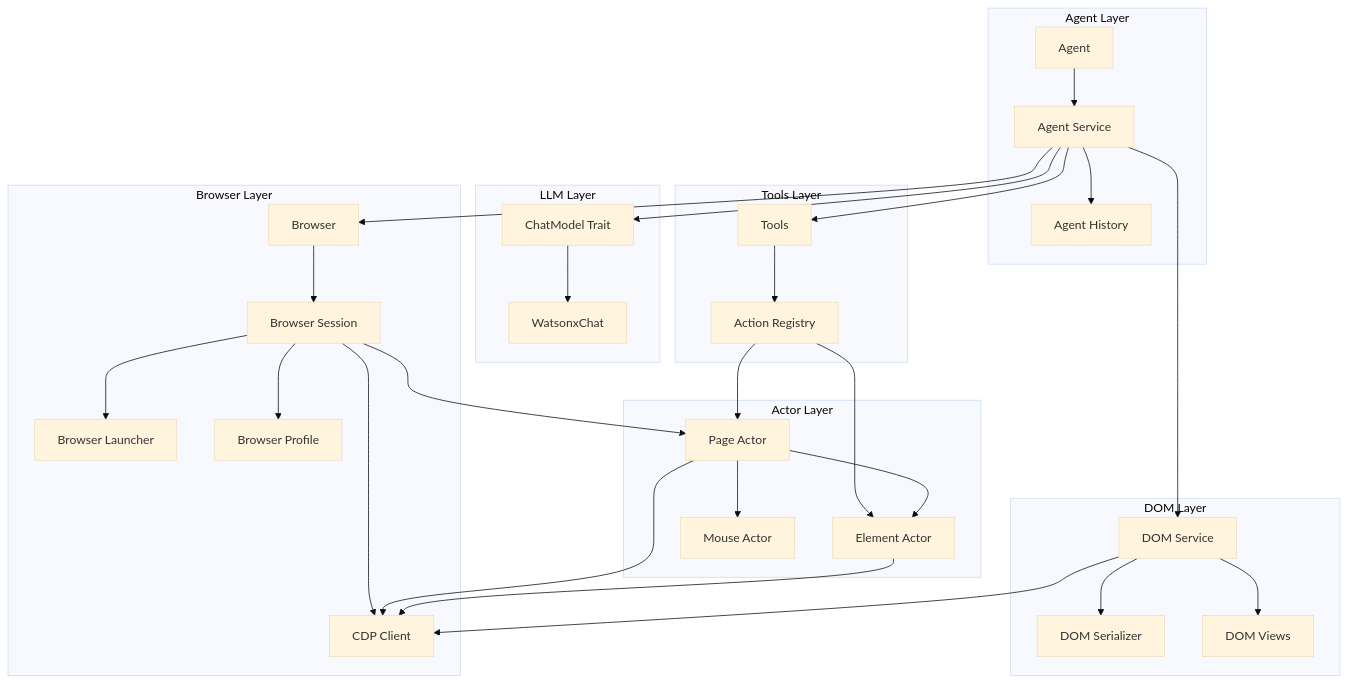
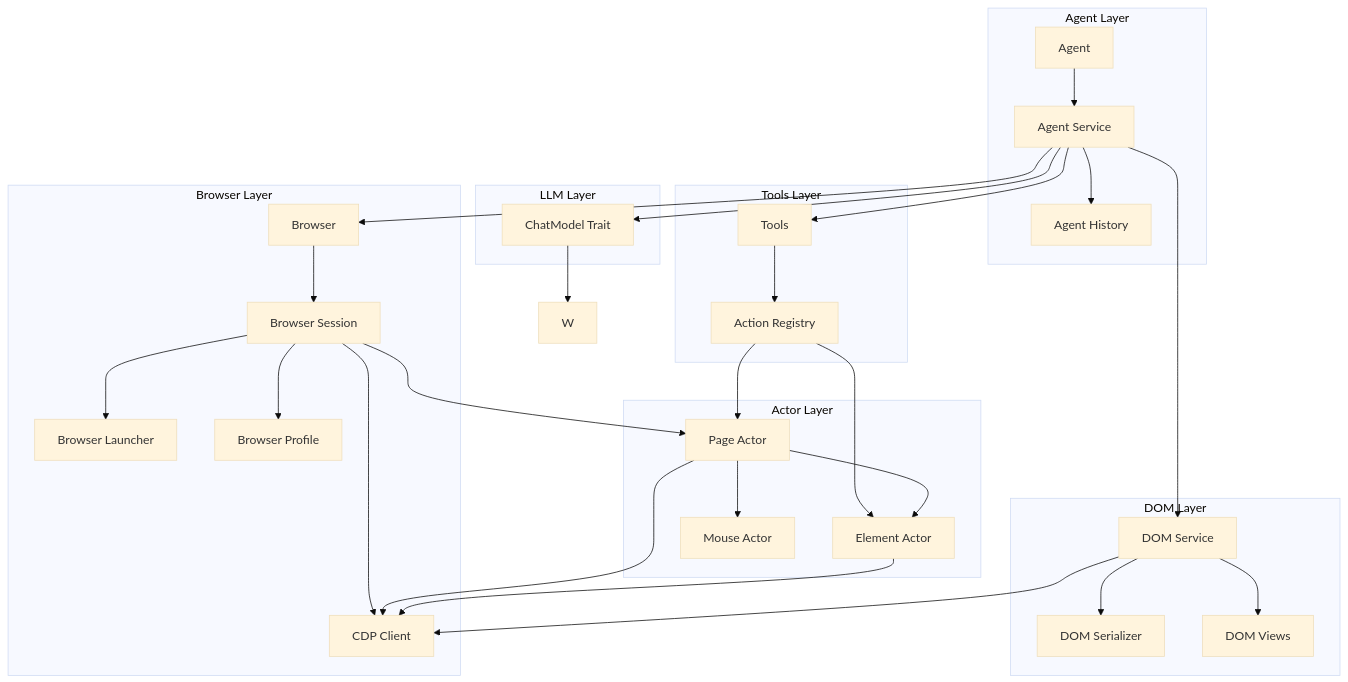
The diagram in ARCHITECTURE.md (yingkitw/browsing), drawn with Mermaid (base theme) before and after one commit. The commit also changed other lines of this file and 54 other files, not shown here.

First line of the commit message:
Rebrand project from browser-use to browsing with trait-focused architecture

````diff
--- a/ARCHITECTURE.md
+++ b/ARCHITECTURE.md
@@ -45,66 +44,65 @@
 ```mermaid
 graph TB
     subgraph "Agent Layer"
         A[Agent]
         AM[Agent Service]
         AH[Agent History]
     end
     
     subgraph "Browser Layer"
         B[Browser]
         BS[Browser Session]
         BL[Browser Launcher]
         BP[Browser Profile]
         CDP[CDP Client]
     end
     
     subgraph "LLM Layer"
         L[ChatModel Trait]
-        W[WatsonxChat]
     end
     
     subgraph "Tools Layer"
         T[Tools]
         AR[Action Registry]
     end
     
     subgraph "DOM Layer"
         DS[DOM Service]
         DSR[DOM Serializer]
         DV[DOM Views]
     end
     
     subgraph "Actor Layer"
         PA[Page Actor]
         EA[Element Actor]
         MA[Mouse Actor]
     end
     
     A --> AM
     AM --> B
     AM --> L
     AM --> T
     AM --> DS
     AM --> AH
     
     B --> BS
     BS --> BL
     BS --> CDP
     BS --> PA
     BS --> BP
     
     L --> W
     
     T --> AR
     AR --> PA
     AR --> EA
     
     DS --> DSR
     DS --> DV
     DS --> CDP
     
     PA --> EA
     PA --> MA
     PA --> CDP
     EA --> CDP
 ```
````
